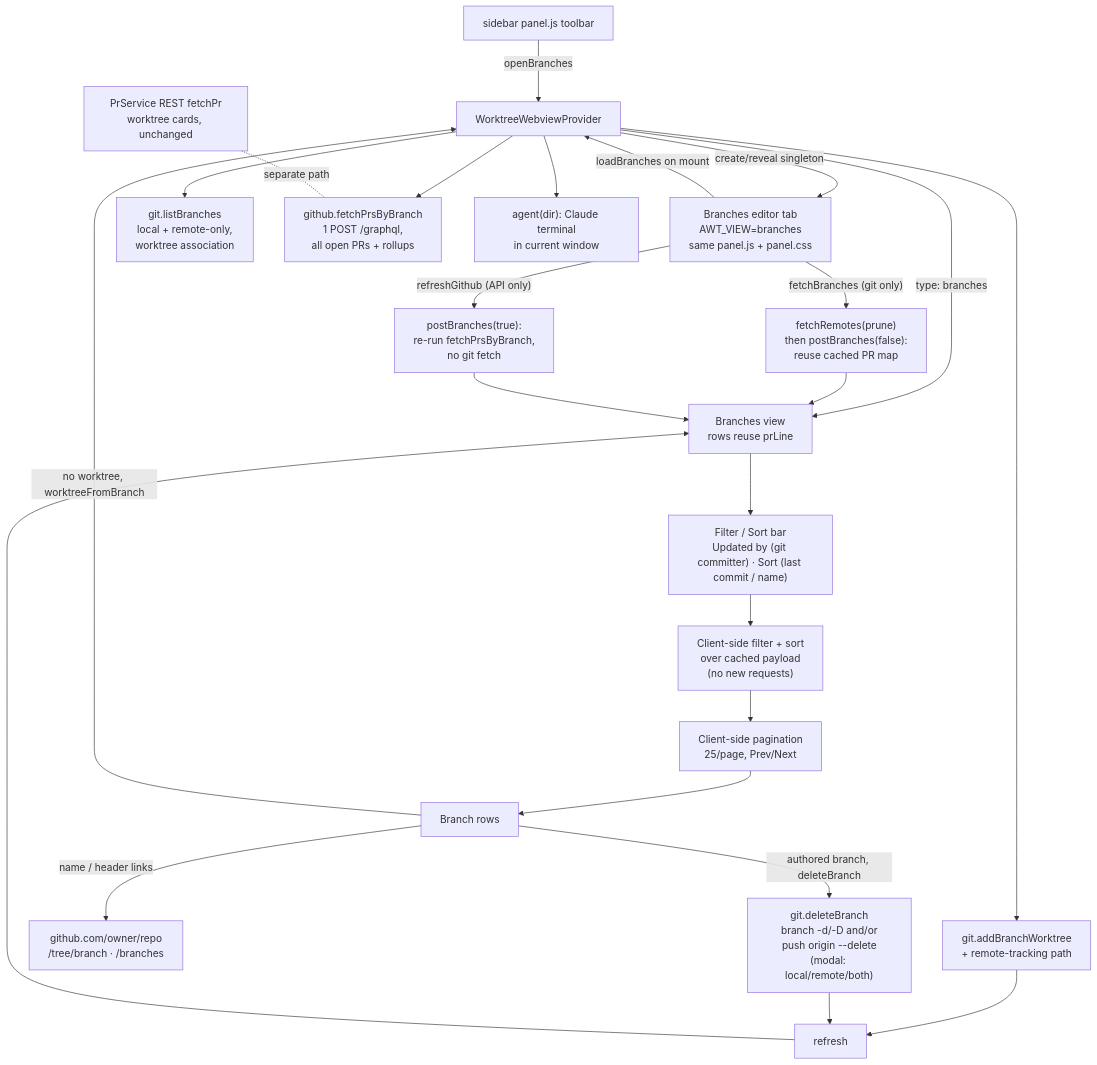
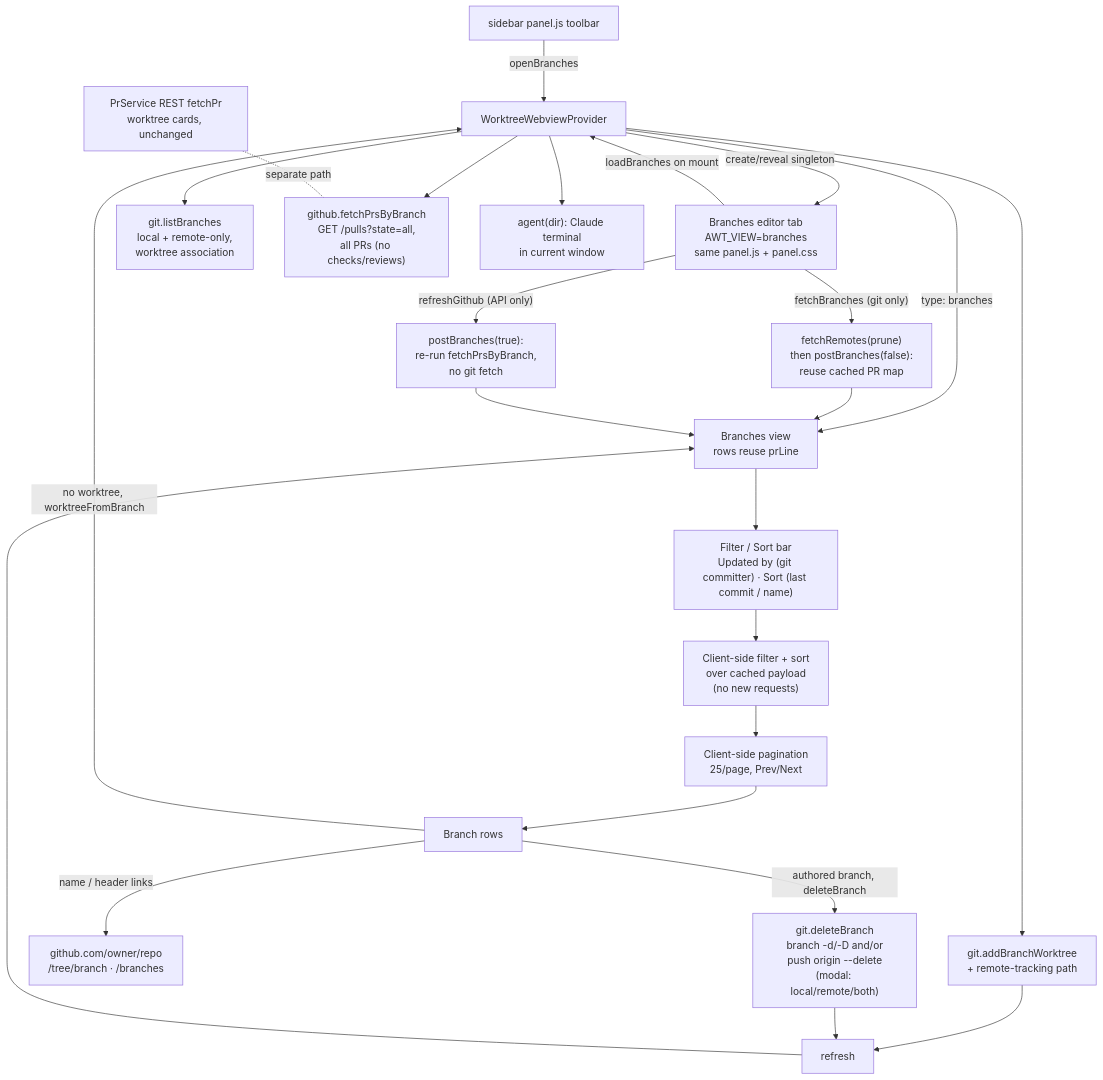
The second of 2 diagrams in README.md (BradenTerry/agent-worktrees), drawn with Mermaid before and after one commit. The commit also changed other lines of this file and 6 other files, not shown here.

First line of the commit message:
Fetch branches-view PRs in bulk via REST; dedupe origin/HEAD lookups

````diff
--- a/README.md
+++ b/README.md
@@ -398,25 +405,25 @@
 ```mermaid
 flowchart TD
     TB["sidebar panel.js toolbar"] -->|openBranches| WV[WorktreeWebviewProvider]
     WV -->|create/reveal singleton| EP["Branches editor tab<br/>AWT_VIEW=branches<br/>same panel.js + panel.css"]
     EP -->|loadBranches on mount| WV
     WV --> LB["git.listBranches<br/>local + remote-only,<br/>worktree association"]
-    WV --> FPB["github.fetchPrsByBranch<br/>1 POST /graphql,<br/>all open PRs + rollups"]
+    WV --> FPB["github.fetchPrsByBranch<br/>GET /pulls?state=all,<br/>all PRs (no checks/reviews)"]
     WV -->|type: branches| BO["Branches view<br/>rows reuse prLine"]
     BO --> FB["Filter / Sort bar<br/>Updated by (git committer) · Sort (last commit / name)"]
     FB --> CS["Client-side filter + sort<br/>over cached payload<br/>(no new requests)"]
     CS --> PG["Client-side pagination<br/>25/page, Prev/Next"]
     PG --> ROWS[Branch rows]
     ROWS -->|no worktree, worktreeFromBranch| WV
     ROWS -->|"authored branch, deleteBranch"| DB["git.deleteBranch<br/>branch -d/-D and/or<br/>push origin --delete<br/>(modal: local/remote/both)"]
     ROWS -->|"name / header links"| GH["github.com/owner/repo<br/>/tree/branch · /branches"]
     EP -->|"fetchBranches (git only)"| FET["fetchRemotes(prune)<br/>then postBranches(false):<br/>reuse cached PR map"]
     EP -->|"refreshGithub (API only)"| RGH["postBranches(true):<br/>re-run fetchPrsByBranch,<br/>no git fetch"]
     WV --> AW["git.addBranchWorktree<br/>+ remote-tracking path"]
     WV --> AG["agent(dir): Claude terminal<br/>in current window"]
     AW --> RF[refresh] --> BO
     DB --> RF
     FET --> BO
     RGH --> BO
     PRS["PrService REST fetchPr<br/>worktree cards, unchanged"] -. separate path .- FPB
 ```
````
